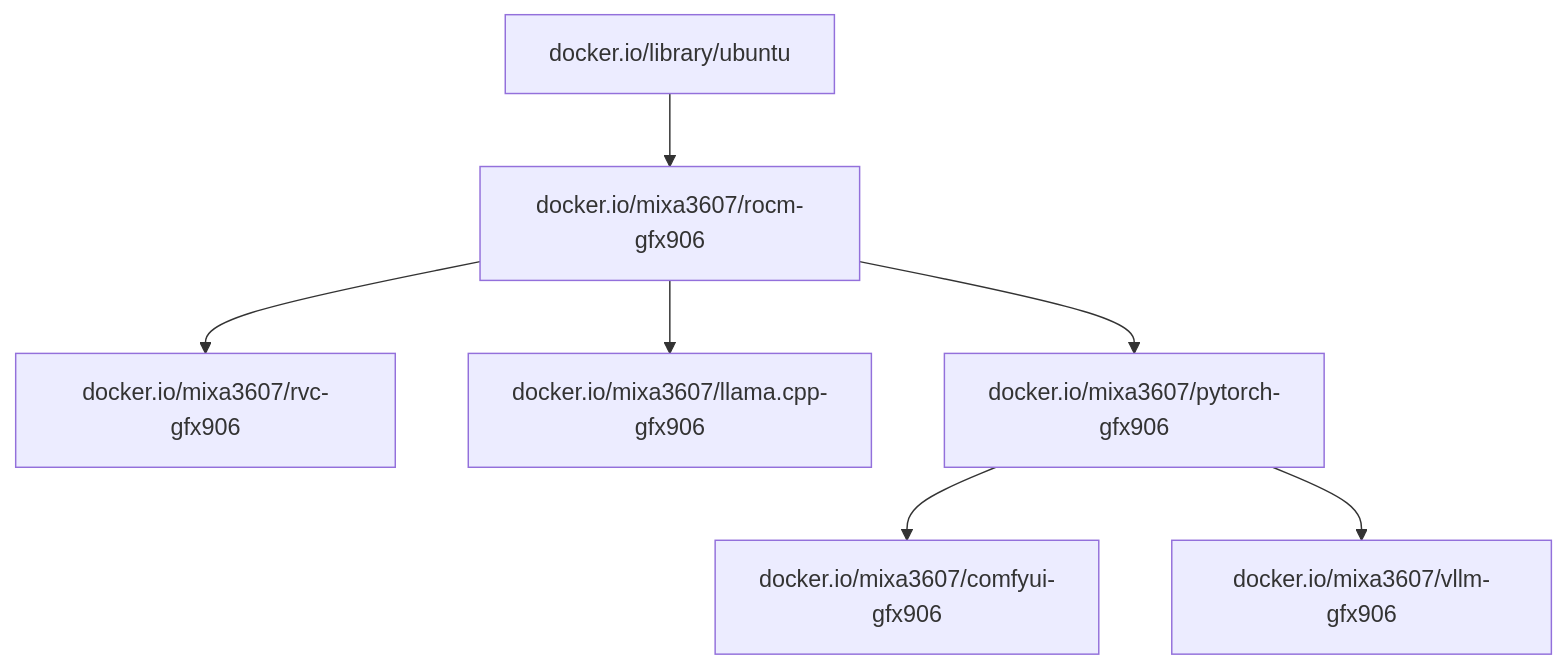
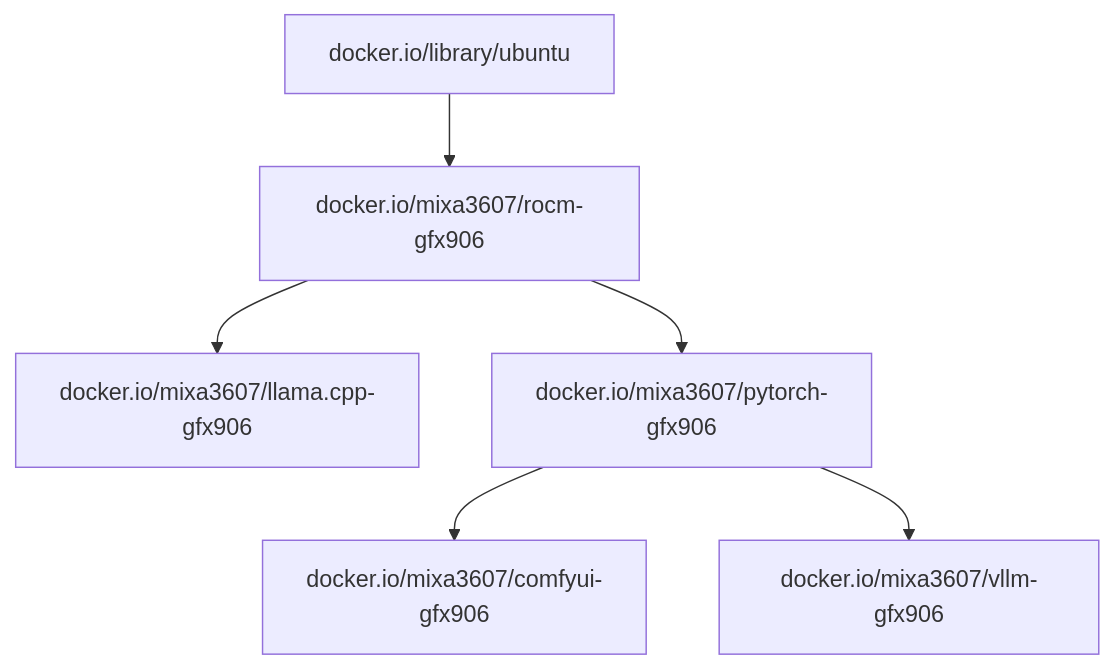
The diagram in README.md (mixa3607/ML-gfx906), drawn with Mermaid before and after one commit. The commit also changed other lines of this file and 7 other files, not shown here.

````diff
--- a/README.md
+++ b/README.md
@@ -28,9 +33,8 @@
 ```mermaid
 flowchart TD
   ubuntu[docker.io/library/ubuntu] --> rocm[docker.io/mixa3607/rocm-gfx906]
-  rocm --> rocm-rvc[docker.io/mixa3607/rvc-gfx906]
   rocm --> llama[docker.io/mixa3607/llama.cpp-gfx906]
   rocm --> torch[docker.io/mixa3607/pytorch-gfx906]
   torch --> comfyui[docker.io/mixa3607/comfyui-gfx906]
   torch --> vllm[docker.io/mixa3607/vllm-gfx906]
 ```
````
